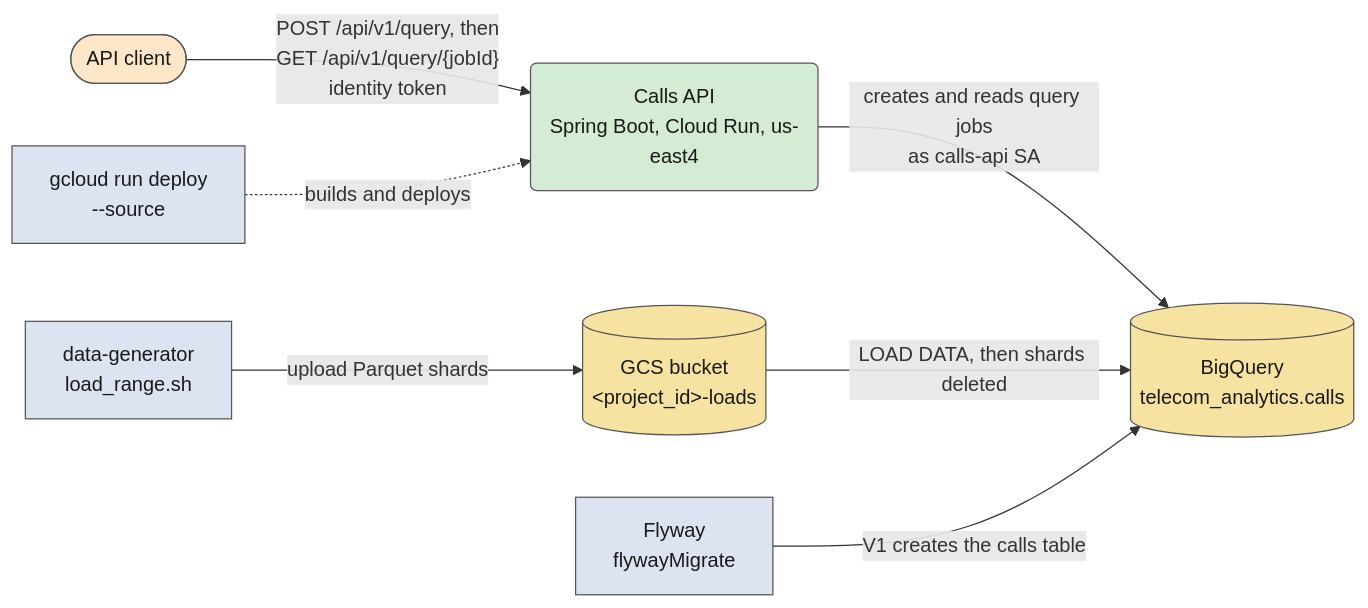
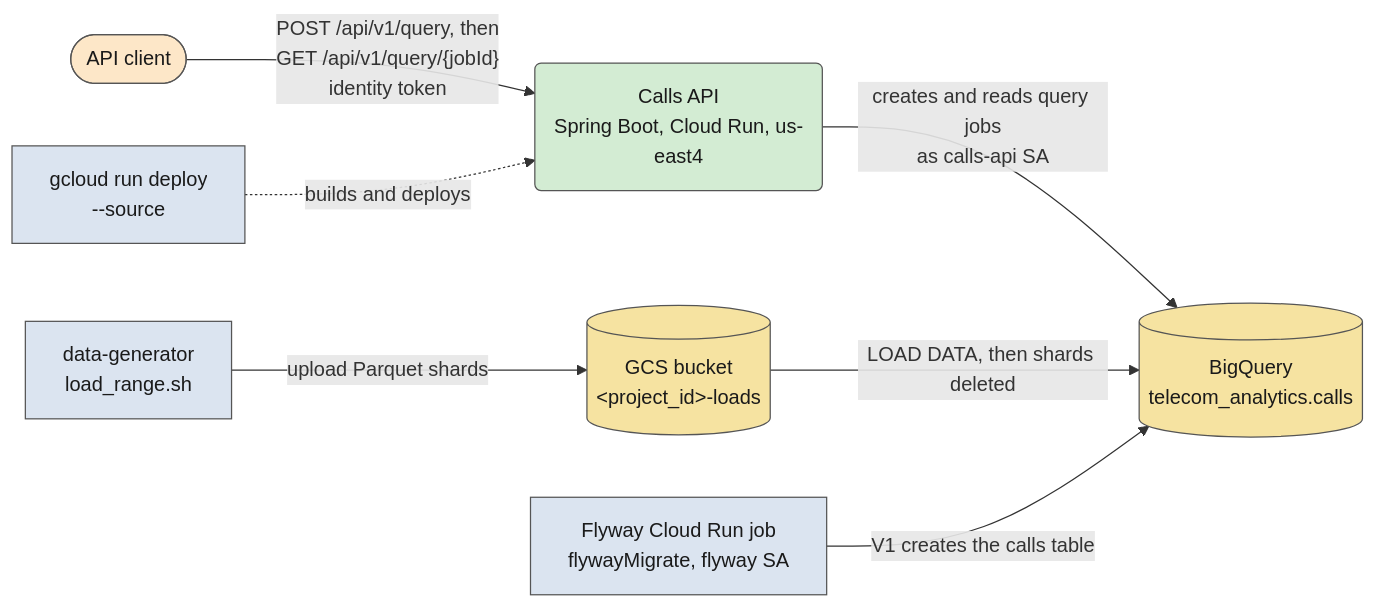
Before and after one commit to castroaj/GCP-BQ-DEMO: the second of 4 diagrams in README.md, drawn with Mermaid. The commit also changed other lines of this file and 2 other files, not shown here.

Commit message:
Update the spec, README diagrams and glossary for the Flyway Cloud Run job

````diff
--- a/README.md
+++ b/README.md
@@ -38,26 +38,26 @@
 ```mermaid
 flowchart LR
   client(["API client"])
   api("Calls API<br/>Spring Boot, Cloud Run, us-east4")
   bq[("BigQuery<br/>telecom_analytics.calls")]
   gcs[("GCS bucket<br/>&lt;project_id&gt;-loads")]
   gen["data-generator<br/>load_range.sh"]
-  flyway["Flyway<br/>flywayMigrate"]
+  flyway["Flyway Cloud Run job<br/>flywayMigrate, flyway SA"]
   deploy["gcloud run deploy<br/>--source"]
 
   client -->|"POST /api/v1/query, then<br/>GET /api/v1/query/{jobId}<br/>identity token"| api
   api -->|"creates and reads query jobs<br/>as calls-api SA"| bq
   gen -->|"upload Parquet shards"| gcs
   gcs -->|"LOAD DATA, then shards deleted"| bq
   flyway -->|"V1 creates the calls table"| bq
   deploy -.->|"builds and deploys"| api
 
   classDef client fill:#fde7c8,stroke:#555,color:#1a1a1a
   classDef tool fill:#dbe4f0,stroke:#555,color:#1a1a1a
   classDef compute fill:#d3ecd3,stroke:#555,color:#1a1a1a
   classDef store fill:#f6e3a1,stroke:#555,color:#1a1a1a
   class client client
   class gen,flyway,deploy tool
   class api compute
   class bq,gcs store
 ```
````
